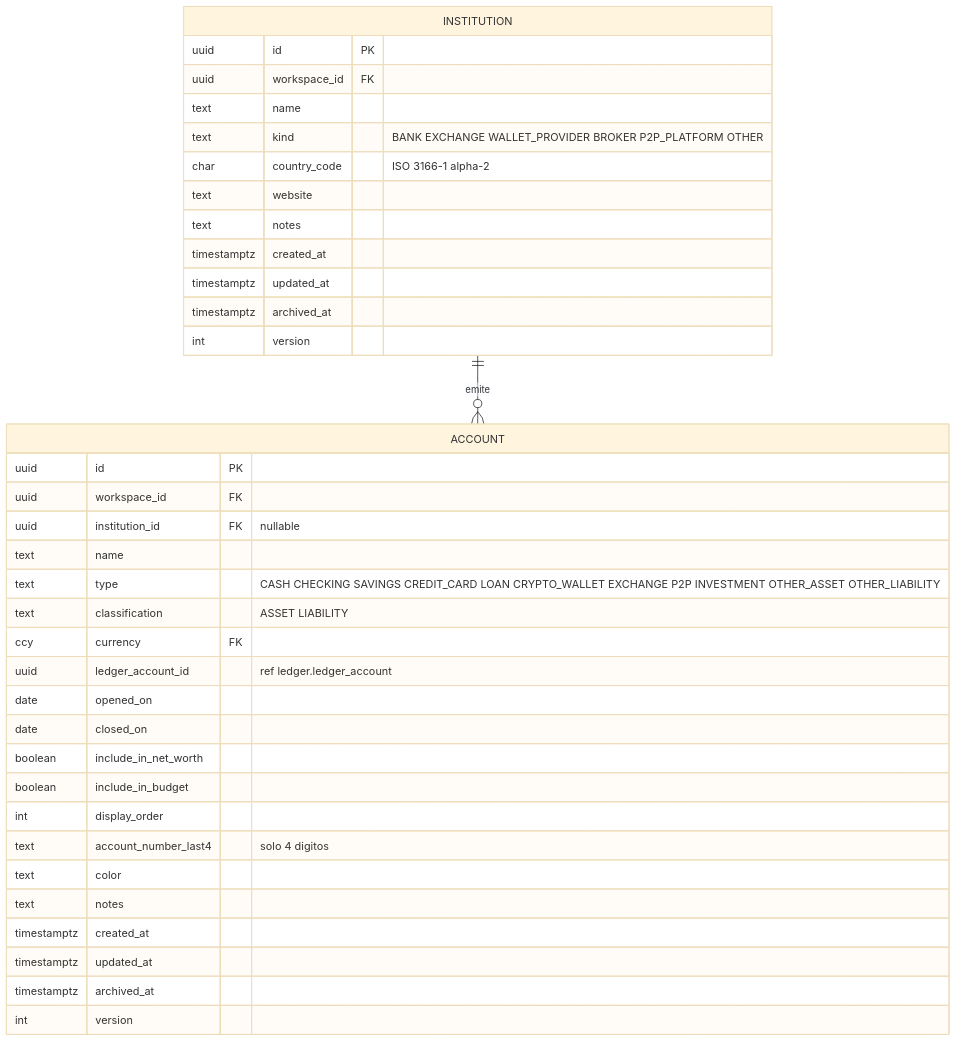
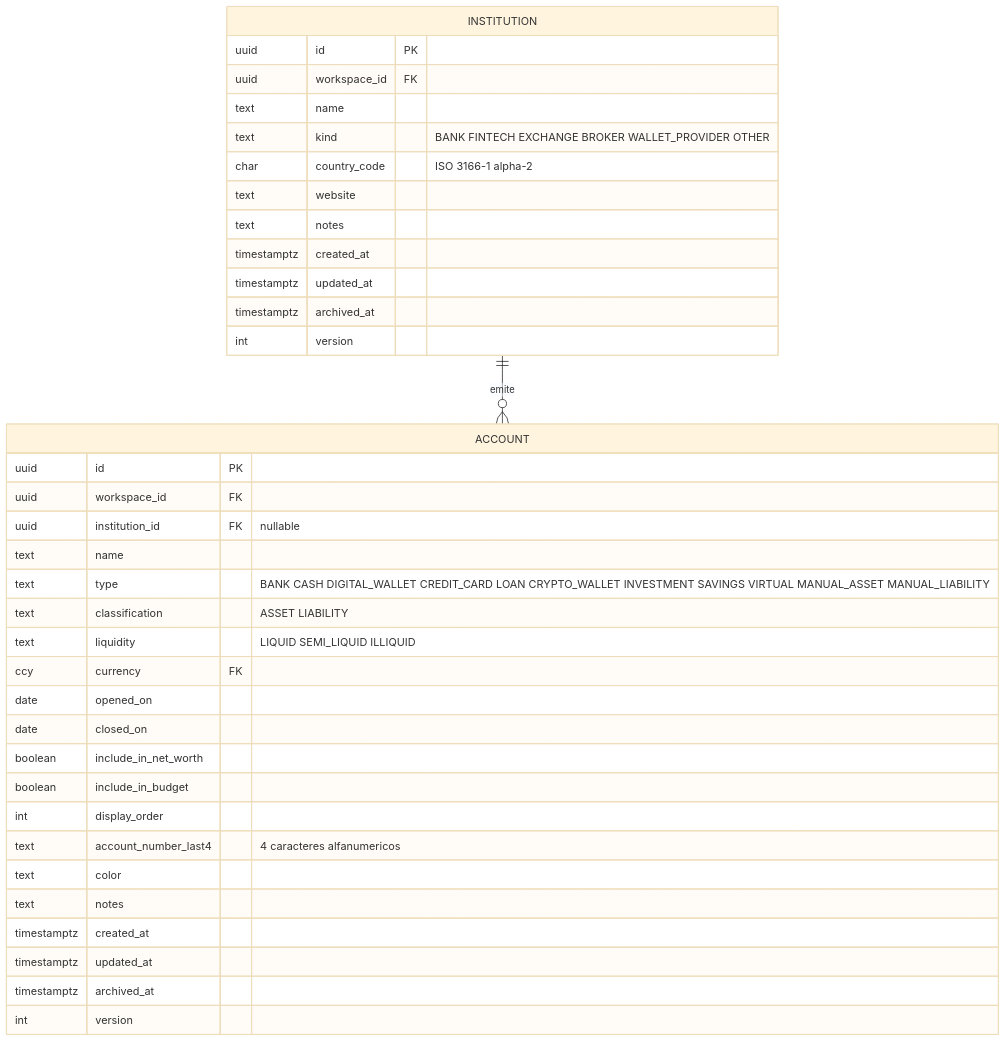
One commit to manuXD270516/personal-finances changed the fourth of 21 diagrams in docs/08-data-model.md. Above: the diagram before and after it, drawn with Mermaid (base theme). The commit also changed other lines of this file and 393 other files, not shown here.

````diff
--- a/docs/08-data-model.md
+++ b/docs/08-data-model.md
@@ -258,39 +278,39 @@
 ```mermaid
 erDiagram
   INSTITUTION ||--o{ ACCOUNT : "emite"
   INSTITUTION {
     uuid id PK
     uuid workspace_id FK
     text name
-    text kind "BANK EXCHANGE WALLET_PROVIDER BROKER P2P_PLATFORM OTHER"
+    text kind "BANK FINTECH EXCHANGE BROKER WALLET_PROVIDER OTHER"
     char country_code "ISO 3166-1 alpha-2"
     text website
     text notes
     timestamptz created_at
     timestamptz updated_at
     timestamptz archived_at
     int version
   }
   ACCOUNT {
     uuid id PK
     uuid workspace_id FK
     uuid institution_id FK "nullable"
     text name
-    text type "CASH CHECKING SAVINGS CREDIT_CARD LOAN CRYPTO_WALLET EXCHANGE P2P INVESTMENT OTHER_ASSET OTHER_LIABILITY"
+    text type "BANK CASH DIGITAL_WALLET CREDIT_CARD LOAN CRYPTO_WALLET INVESTMENT SAVINGS VIRTUAL MANUAL_ASSET MANUAL_LIABILITY"
     text classification "ASSET LIABILITY"
+    text liquidity "LIQUID SEMI_LIQUID ILLIQUID"
     ccy currency FK
-    uuid ledger_account_id "ref ledger.ledger_account"
     date opened_on
     date closed_on
     boolean include_in_net_worth
     boolean include_in_budget
     int display_order
-    text account_number_last4 "solo 4 digitos"
+    text account_number_last4 "4 caracteres alfanumericos"
     text color
     text notes
     timestamptz created_at
     timestamptz updated_at
     timestamptz archived_at
     int version
   }
 ```
````
